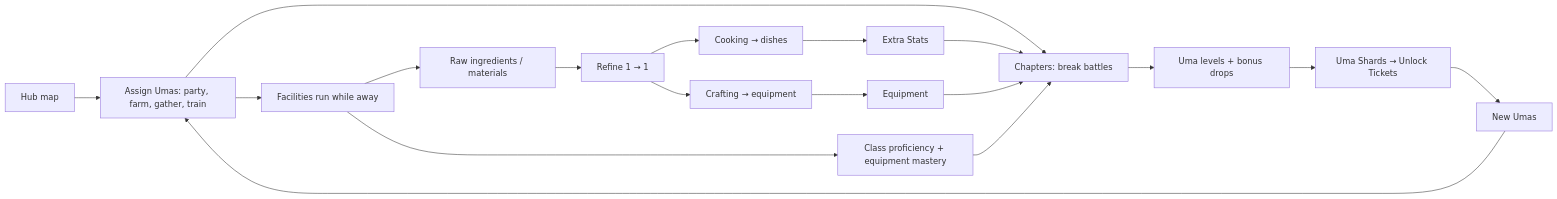
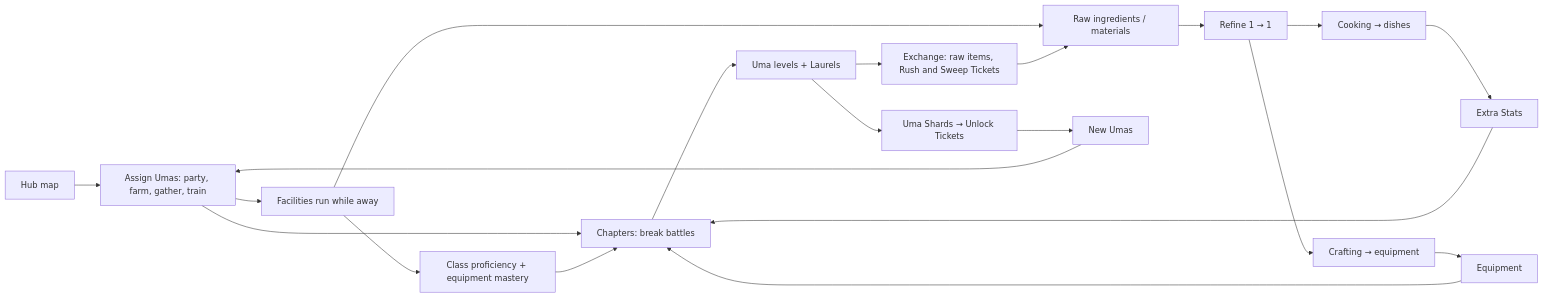
One commit to luismlorenzana/uma-rpg changed the diagram in docs/design/game-design.md. Above: the diagram before and after it, drawn with Mermaid. The commit also changed other lines of this file and 1 other file, not shown here.

First line of the commit message:
docs(design): v0.4 with Laurels, the Exchange and bound gear

````diff
--- a/docs/design/game-design.md
+++ b/docs/design/game-design.md
@@ -31,20 +32,22 @@
 ```mermaid
 flowchart LR
     Hub[Hub map] --> Assign[Assign Umas: party, farm, gather, train]
     Assign --> Battle[Chapters: break battles]
     Assign --> Passive[Facilities run while away]
-    Battle --> Lv[Uma levels + bonus drops]
+    Battle --> Lv[Uma levels + Laurels]
     Passive --> Raw[Raw ingredients / materials]
     Raw --> Refine[Refine 1 → 1]
     Refine --> Cook[Cooking → dishes]
     Refine --> Craft[Crafting → equipment]
     Cook --> Extra[Extra Stats]
     Craft --> Gear[Equipment]
     Passive --> Mastery[Class proficiency + equipment mastery]
     Lv --> Shards[Uma Shards → Unlock Tickets]
     Shards --> Collect[New Umas]
+    Lv --> Exchange[Exchange: raw items, Rush and Sweep Tickets]
+    Exchange --> Raw
     Extra --> Battle
     Gear --> Battle
     Mastery --> Battle
     Collect --> Assign
 ```
````
